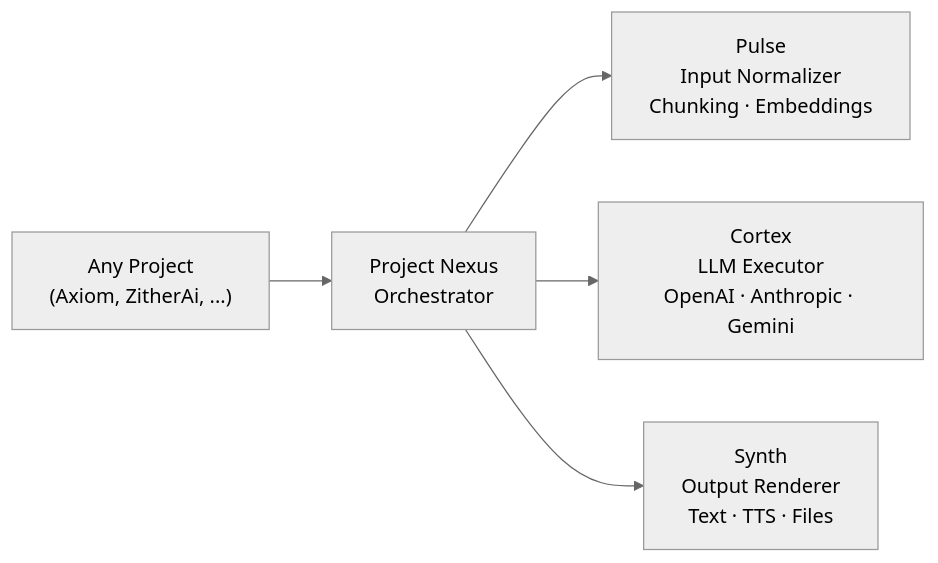
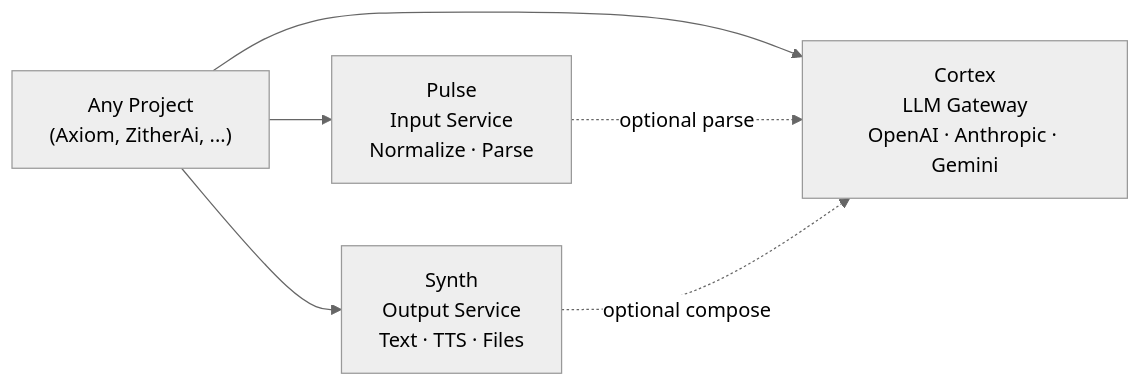
One commit to vsinghal3737/vsinghal3737 changed the first of 3 diagrams in README.md. Above: the diagram before and after it, drawn with Mermaid (neutral theme). The commit also changed other lines of this file, not shown here.

Commit message:
docs: update Prism architecture and orchestration relationships

````diff
--- a/README.md
+++ b/README.md
@@ -17,7 +17,9 @@
 ```mermaid
 flowchart LR
-    Client["Any Project<br/>(Axiom, ZitherAi, ...)"] --> Gateway["Project Nexus<br/>Orchestrator"]
-    Gateway --> Pulse["Pulse<br/>Input Normalizer<br/>Chunking · Embeddings"]
-    Gateway --> Cortex["Cortex<br/>LLM Executor<br/>OpenAI · Anthropic · Gemini"]
-    Gateway --> Synth["Synth<br/>Output Renderer<br/>Text · TTS · Files"]
+    Client["Any Project<br/>(Axiom, ZitherAi, ...)"]
+    Client --> Pulse["Pulse<br/>Input Service<br/>Normalize · Parse"]
+    Client --> Cortex["Cortex<br/>LLM Gateway<br/>OpenAI · Anthropic · Gemini"]
+    Client --> Synth["Synth<br/>Output Service<br/>Text · TTS · Files"]
+    Pulse -. optional parse .-> Cortex
+    Synth -. optional compose .-> Cortex
 ```
````
